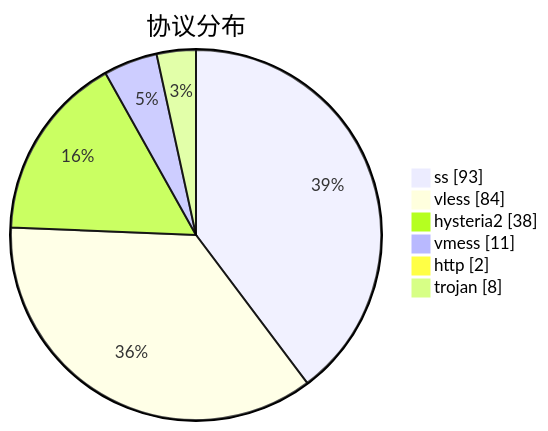
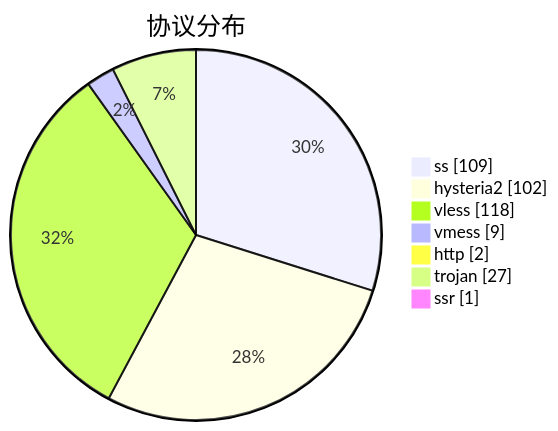
Before and after one commit to sinspired/airport: the third of 3 diagrams in subs/statistics/tested_within.md, drawn with Mermaid. The commit also changed other lines of this file and 2 other files, not shown here.

````diff
--- a/subs/statistics/tested_within.md
+++ b/subs/statistics/tested_within.md
@@ -43,10 +44,11 @@
 ```mermaid
 pie showData
 title 协议分布
-"ss" : 93
-"vless" : 84
-"hysteria2" : 38
-"vmess" : 11
+"ss" : 109
+"hysteria2" : 102
+"vless" : 118
+"vmess" : 9
 "http" : 2
-"trojan" : 8
+"trojan" : 27
+"ssr" : 1
 ```
````
